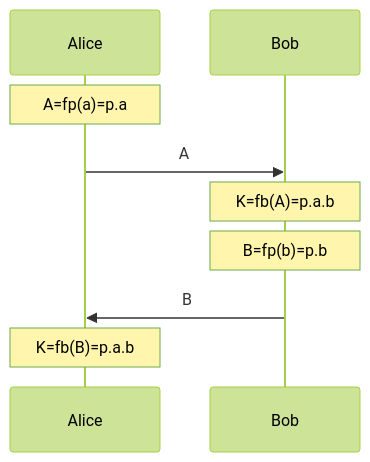
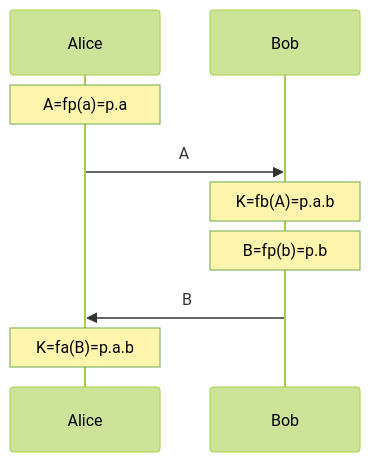
Before and after one commit to MMarchand-NSI/MMarchand-NSI.github.io: the second of 3 diagrams in docs/terminale/architecture_reseau/chiffrement2.md, drawn with Mermaid (forest theme). The commit also changed other lines of this file and 67 other files, not shown here.

````diff
--- a/docs/terminale/architecture_reseau/chiffrement2.md
+++ b/docs/terminale/architecture_reseau/chiffrement2.md
@@ -74,9 +74,9 @@
 ```mermaid
 sequenceDiagram
 Note over Alice: A=fp(a)=p.a
 Alice ->> Bob: A
 Note over Bob: K=fb(A)=p.a.b
 Note over Bob: B=fp(b)=p.b
 Bob ->> Alice: B
-Note over Alice: K=fb(B)=p.a.b
+Note over Alice: K=fa(B)=p.a.b
 ```
````
